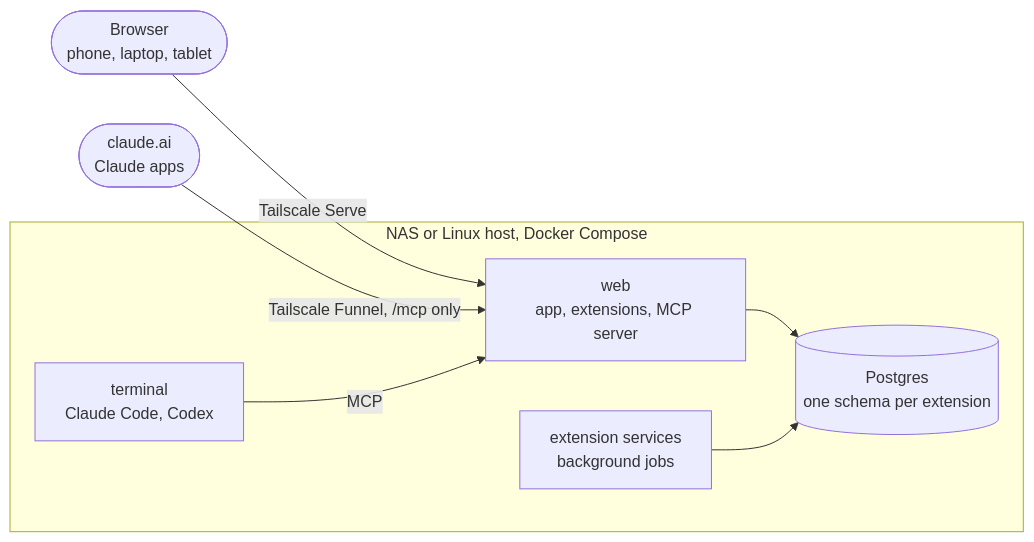
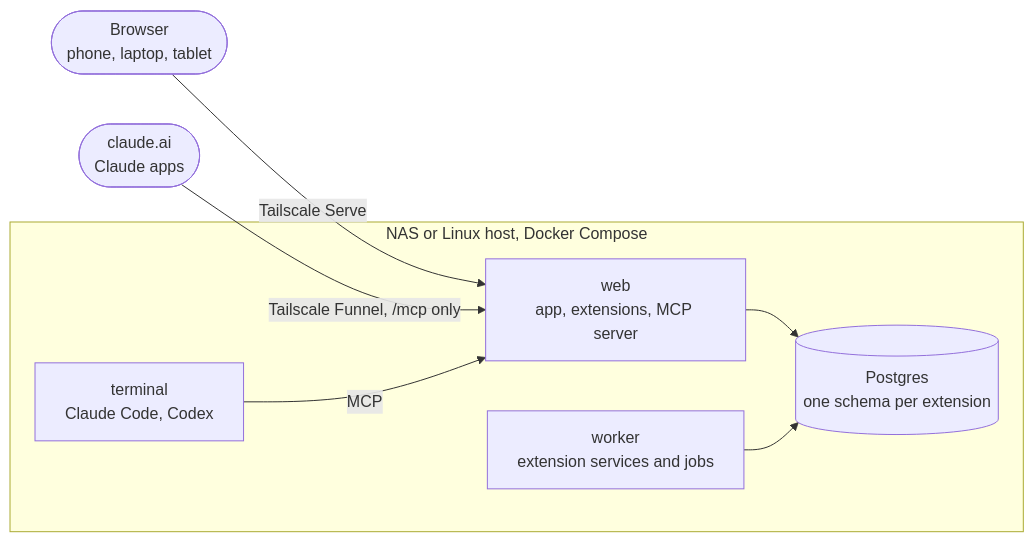
The diagram in README.md (b-niamin/assistant), drawn with Mermaid before and after one commit. The commit also changed other lines of this file and 11 other files, not shown here.

````diff
--- a/README.md
+++ b/README.md
@@ -68,10 +68,10 @@
 ```mermaid
 flowchart LR
   you(["Browser<br/>phone, laptop, tablet"]) -- "Tailscale Serve" --> web
   claude(["claude.ai<br/>Claude apps"]) -- "Tailscale Funnel, /mcp only" --> web
   subgraph box ["NAS or Linux host, Docker Compose"]
     term["terminal<br/>Claude Code, Codex"] -- "MCP" --> web["web<br/>app, extensions, MCP server"]
     web --> db[("Postgres<br/>one schema per extension")]
-    svc["extension services<br/>background jobs"] --> db
+    svc["worker<br/>extension services and jobs"] --> db
   end
 ```
````
